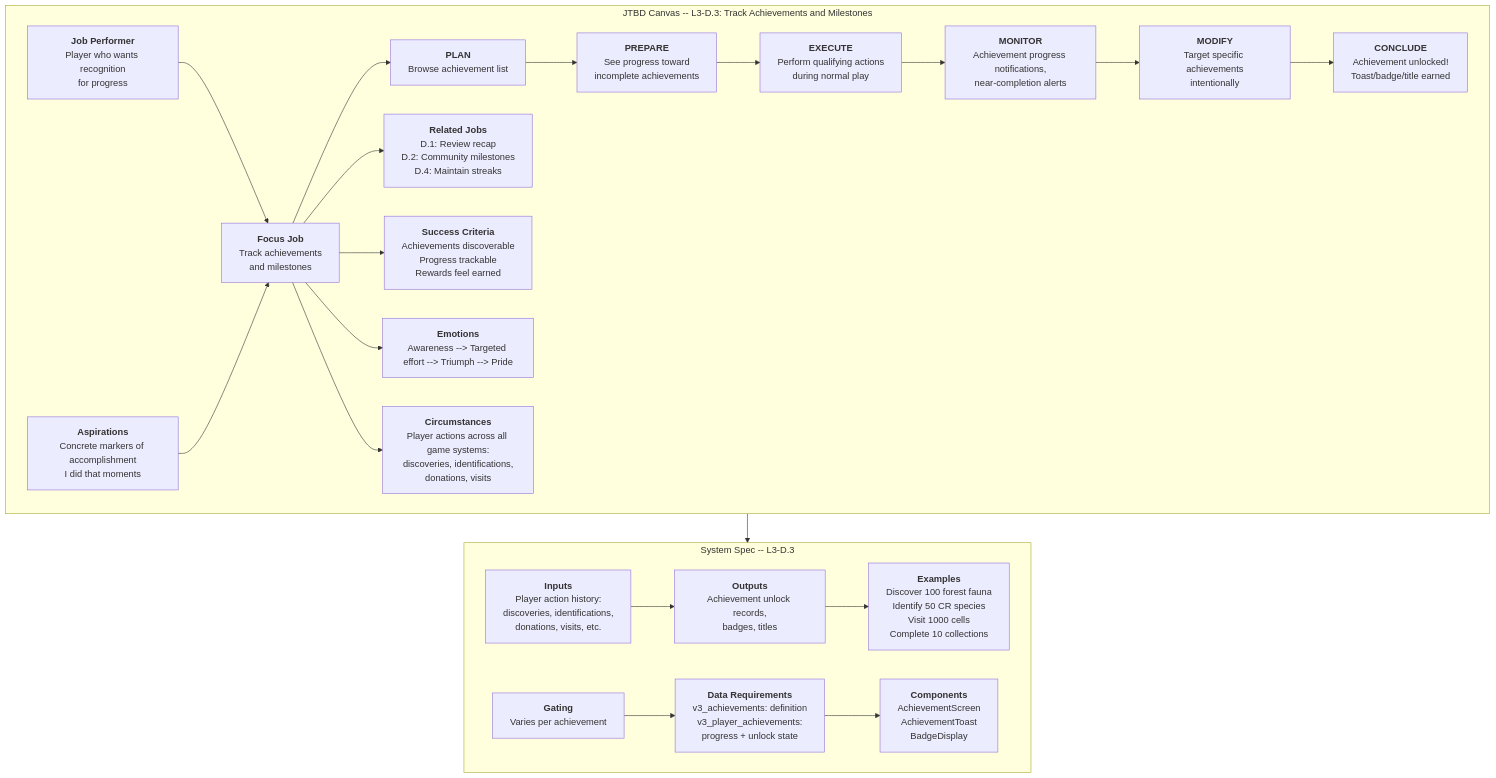
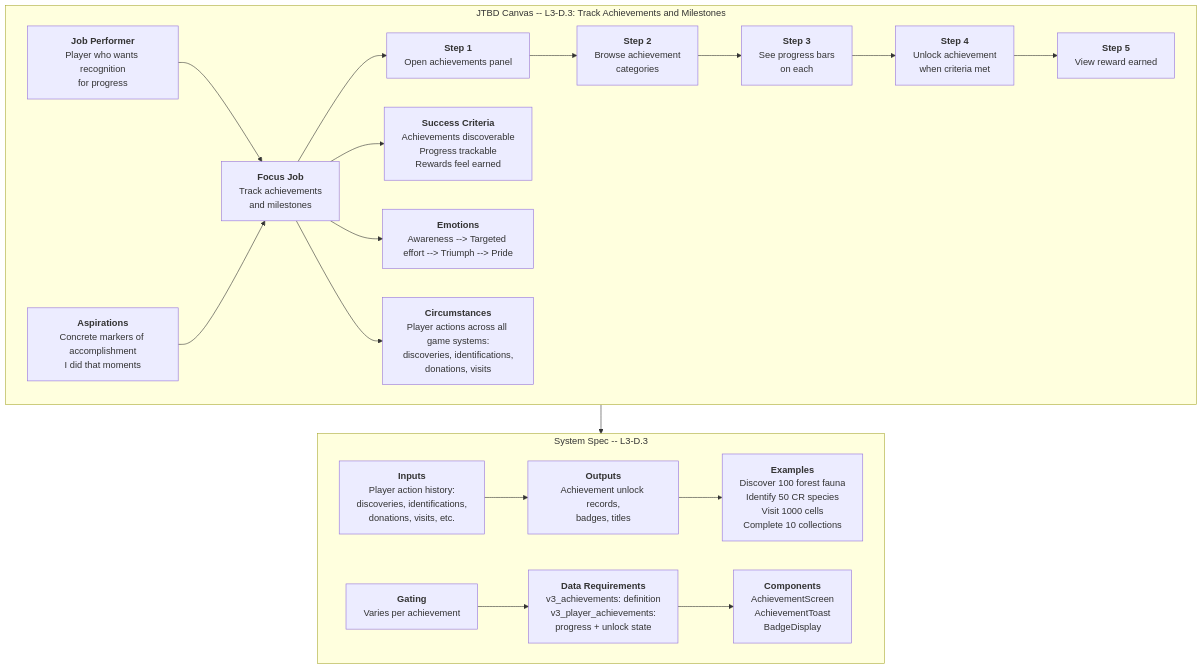
The diagram in docs/diagrams/problem/d3-achievements.mmd (JMLegere/geo-app), drawn with Mermaid before and after one commit. The commit also changed 52 other files, not shown here.

```diff
--- a/docs/diagrams/problem/d3-achievements.mmd
+++ b/docs/diagrams/problem/d3-achievements.mmd
@@ -1,42 +1,39 @@
 %% Status: NEEDS HUMAN REVIEW
 flowchart TD
     subgraph JTBD["JTBD Canvas -- L3-D.3: Track Achievements and Milestones"]
         JP["<b>Job Performer</b><br/>Player who wants recognition<br/>for progress"]
         ASP["<b>Aspirations</b><br/>Concrete markers of accomplishment<br/>I did that moments"]
         FJ["<b>Focus Job</b><br/>Track achievements<br/>and milestones"]
-        RJ["<b>Related Jobs</b><br/>D.1: Review recap<br/>D.2: Community milestones<br/>D.4: Maintain streaks"]
-        PLAN["<b>PLAN</b><br/>Browse achievement list"]
-        PREPARE["<b>PREPARE</b><br/>See progress toward<br/>incomplete achievements"]
-        EXECUTE["<b>EXECUTE</b><br/>Perform qualifying actions<br/>during normal play"]
-        MONITOR["<b>MONITOR</b><br/>Achievement progress notifications,<br/>near-completion alerts"]
-        MODIFY["<b>MODIFY</b><br/>Target specific achievements<br/>intentionally"]
-        CONCLUDE["<b>CONCLUDE</b><br/>Achievement unlocked!<br/>Toast/badge/title earned"]
+        S1["<b>Step 1</b><br/>Open achievements panel"]
+        S2["<b>Step 2</b><br/>Browse achievement<br/>categories"]
+        S3["<b>Step 3</b><br/>See progress bars<br/>on each"]
+        S4["<b>Step 4</b><br/>Unlock achievement<br/>when criteria met"]
+        S5["<b>Step 5</b><br/>View reward earned"]
         SC["<b>Success Criteria</b><br/>Achievements discoverable<br/>Progress trackable<br/>Rewards feel earned"]
         EM["<b>Emotions</b><br/>Awareness --> Targeted effort --> Triumph --> Pride"]
         CIRC["<b>Circumstances</b><br/>Player actions across all game systems:<br/>discoveries, identifications,<br/>donations, visits"]
 
         JP --> FJ
         ASP --> FJ
-        FJ --> PLAN
-        PLAN --> PREPARE --> EXECUTE --> MONITOR --> MODIFY --> CONCLUDE
-        FJ --> RJ
+        FJ --> S1
+        S1 --> S2 --> S3 --> S4 --> S5
         FJ --> SC
         FJ --> EM
         FJ --> CIRC
     end
 
     subgraph SystemSpec["System Spec -- L3-D.3"]
         IN["<b>Inputs</b><br/>Player action history:<br/>discoveries, identifications,<br/>donations, visits, etc."]
         OUT["<b>Outputs</b><br/>Achievement unlock records,<br/>badges, titles"]
         EX["<b>Examples</b><br/>Discover 100 forest fauna<br/>Identify 50 CR species<br/>Visit 1000 cells<br/>Complete 10 collections"]
         GT["<b>Gating</b><br/>Varies per achievement"]
         DR["<b>Data Requirements</b><br/>v3_achievements: definition<br/>v3_player_achievements:<br/>progress + unlock state"]
         CP["<b>Components</b><br/>AchievementScreen<br/>AchievementToast<br/>BadgeDisplay"]
 
         IN --> OUT
         OUT --> EX
         GT --> DR
         DR --> CP
     end
 
     JTBD --> SystemSpec
```
